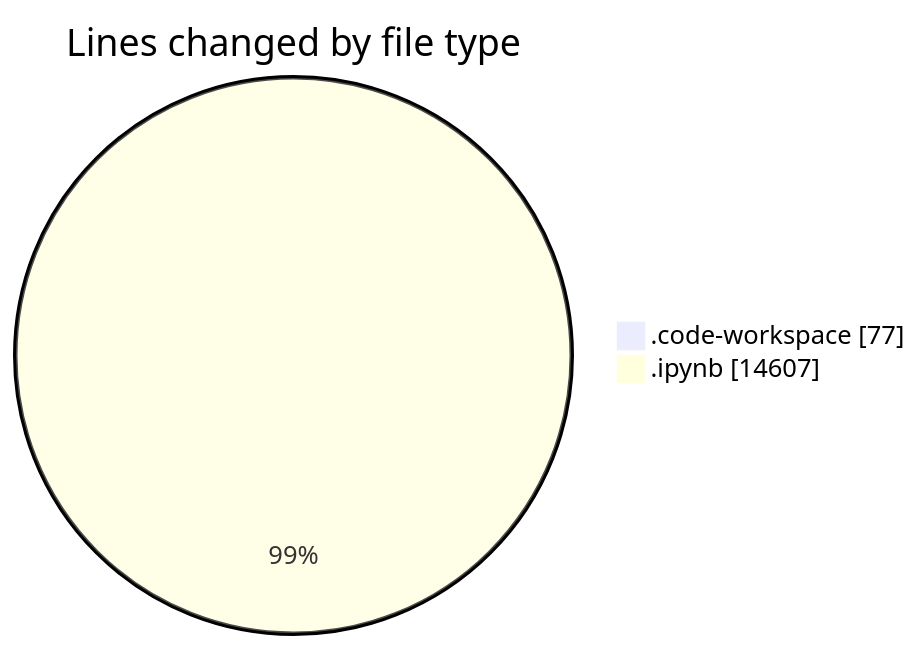
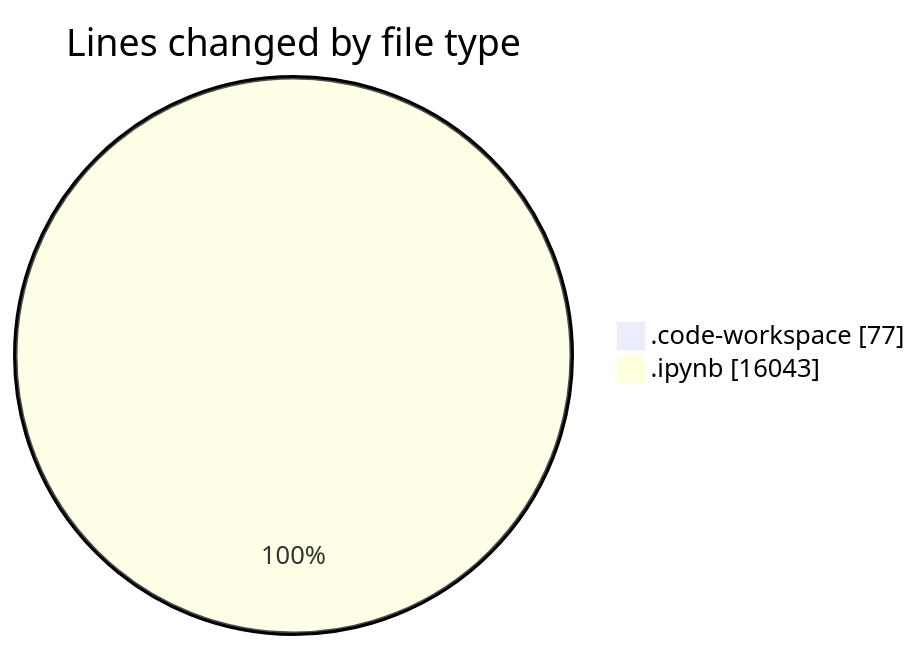
One commit to MatusMokan/code-tracking changed the first of 2 diagrams in 2025-03-14/myws__workspace_/README.md. Above: the diagram before and after it, drawn with Mermaid. The commit also changed other lines of this file and 1 other file, not shown here.

````diff
--- a/2025-03-14/myws__workspace_/README.md
+++ b/2025-03-14/myws__workspace_/README.md
@@ -21,6 +21,6 @@
 ```mermaid
 pie showData
 title Lines changed by file type
 ".code-workspace" : 77
-".ipynb" : 14607
+".ipynb" : 16043
 ```
````
